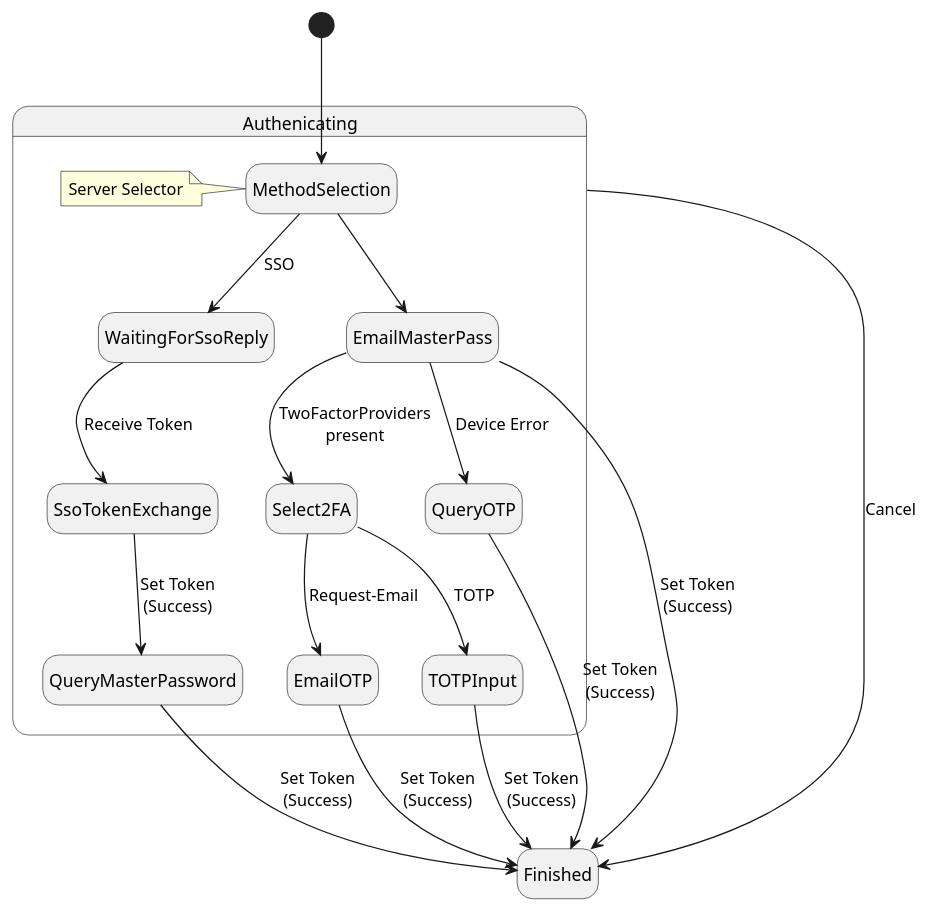
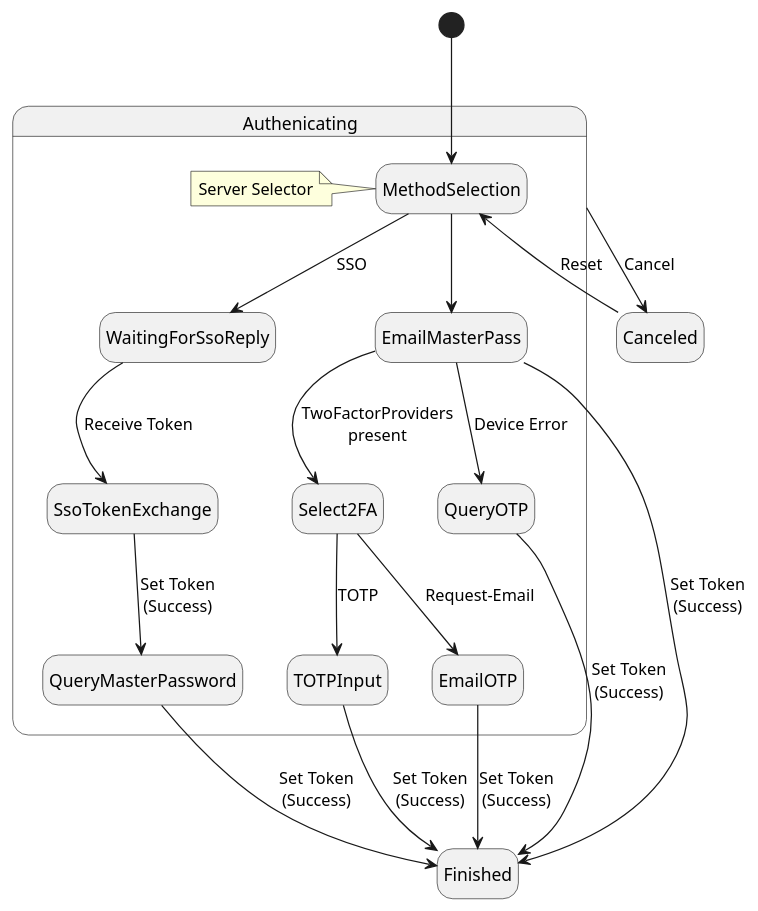
One commit to matthiasblaesing/bitwardenagent changed the diagram in src/main/site/BitwardenClientAuthentication.puml. Above: the diagram before and after it, drawn with PlantUML. The commit also changed 10 other files, not shown here.

```diff
--- a/src/main/site/BitwardenClientAuthentication.puml
+++ b/src/main/site/BitwardenClientAuthentication.puml
@@ -1,33 +1,34 @@
 @startuml
 
 hide empty description
 
 state Finished
 
 state Authenicating {
     state MethodSelection
 
 MethodSelection --> WaitingForSsoReply : SSO
 MethodSelection --> EmailMasterPass
 EmailMasterPass --> Finished : Set Token\n(Success)
 EmailMasterPass --> Select2FA : TwoFactorProviders\npresent
 Select2FA --> EmailOTP : Request-Email
 Select2FA --> TOTPInput : TOTP
 TOTPInput --> Finished : Set Token\n(Success)
 EmailOTP --> Finished : Set Token\n(Success)
 EmailMasterPass --> QueryOTP : Device Error
 QueryOTP --> Finished : Set Token\n(Success)
 WaitingForSsoReply --> SsoTokenExchange : Receive Token
 SsoTokenExchange --> QueryMasterPassword : Set Token\n(Success)
 QueryMasterPassword --> Finished : Set Token\n(Success)
 
 
 note left of MethodSelection : Server Selector
 }
 
 [*] --> MethodSelection
-Authenicating --> Finished : Cancel
+Authenicating --> Canceled : Cancel
+Canceled -left-> MethodSelection: Reset
 
 
 
 @enduml
```
